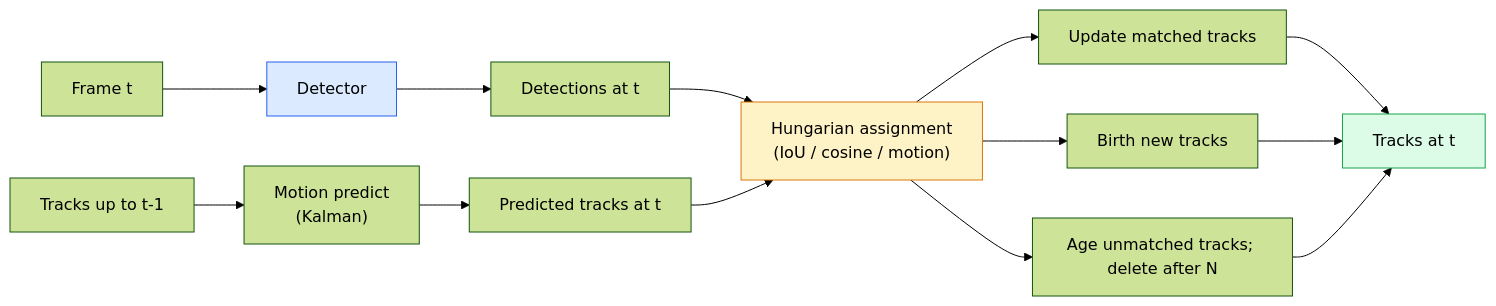
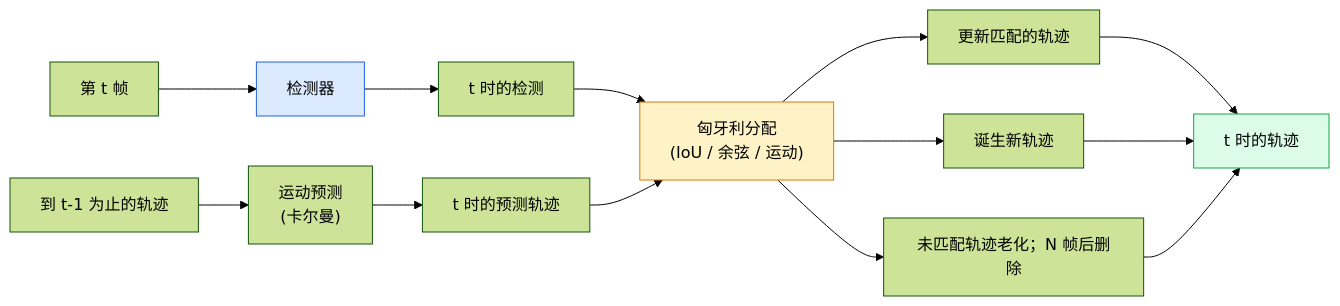
The diagram in phases/04-computer-vision/27-multi-object-tracking/docs/en.md (alessandrodinisio-ai/ai-engineering-learning-framework), drawn with Mermaid (forest theme) before and after one commit. The commit also changed other lines of this file and 443 other files, not shown here.

First line of the commit message:
feat(zh): 完成 435 节课程文档 + README/ROADMAP/术语表 + 网站 UI 全量中文化

````diff
--- a/phases/04-computer-vision/27-multi-object-tracking/docs/en.md
+++ b/phases/04-computer-vision/27-multi-object-tracking/docs/en.md
@@ -29,18 +29,18 @@
 ```mermaid
 flowchart LR
-    F1["Frame t"] --> DET["Detector"] --> D1["Detections at t"]
-    PREV["Tracks up to t-1"] --> PREDICT["Motion predict<br/>(Kalman)"]
-    PREDICT --> PRED["Predicted tracks at t"]
-    D1 --> ASSOC["Hungarian assignment<br/>(IoU / cosine / motion)"]
+    F1["第 t 帧"] --> DET["检测器"] --> D1["t 时的检测"]
+    PREV["到 t-1 为止的轨迹"] --> PREDICT["运动预测<br/>(卡尔曼)"]
+    PREDICT --> PRED["t 时的预测轨迹"]
+    D1 --> ASSOC["匈牙利分配<br/>(IoU / 余弦 / 运动)"]
     PRED --> ASSOC
-    ASSOC --> UPDATE["Update matched tracks"]
-    ASSOC --> NEW["Birth new tracks"]
-    ASSOC --> DEAD["Age unmatched tracks; delete after N"]
-    UPDATE --> NEXT["Tracks at t"]
+    ASSOC --> UPDATE["更新匹配的轨迹"]
+    ASSOC --> NEW["诞生新轨迹"]
+    ASSOC --> DEAD["未匹配轨迹老化；N 帧后删除"]
+    UPDATE --> NEXT["t 时的轨迹"]
     NEW --> NEXT
     DEAD --> NEXT
 
     style DET fill:#dbeafe,stroke:#2563eb
     style ASSOC fill:#fef3c7,stroke:#d97706
     style NEXT fill:#dcfce7,stroke:#16a34a
 ```
````
